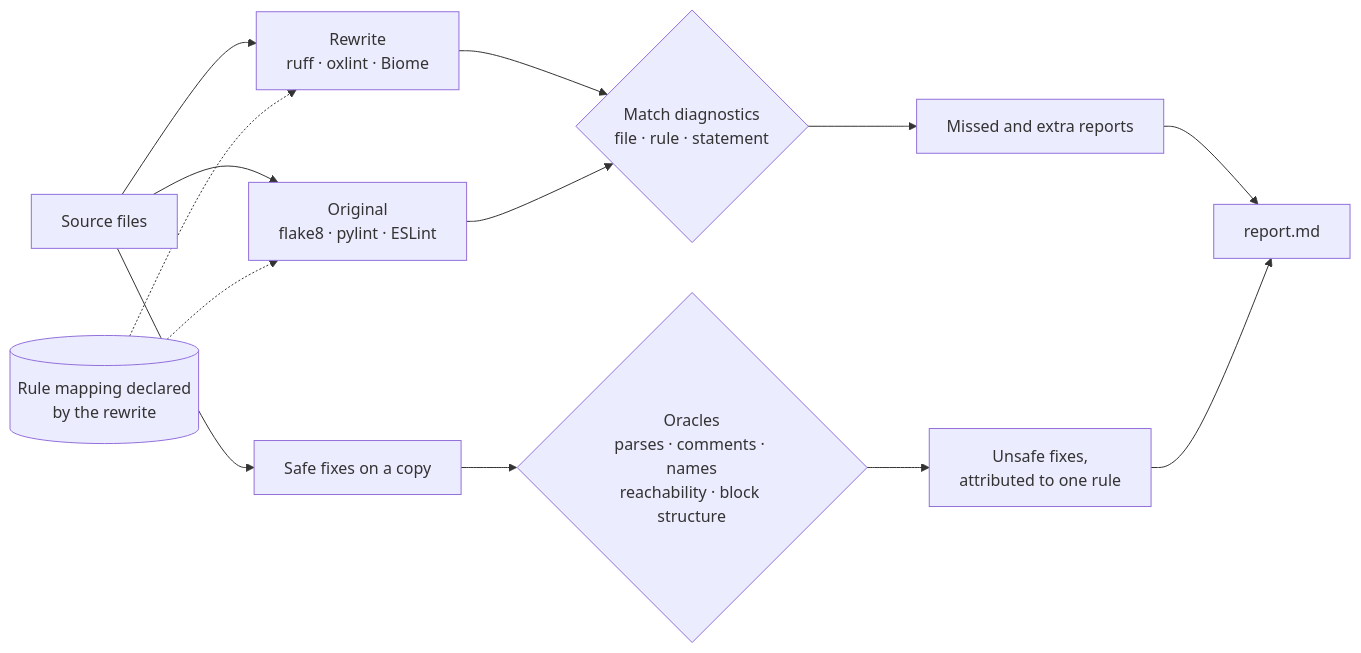
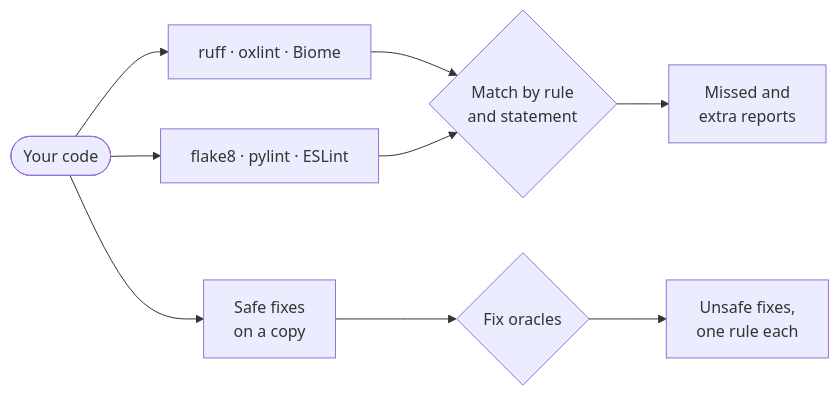
The diagram in README.md (sariddangerpowers/linttwin), drawn with Mermaid before and after one commit. The commit also changed other lines of this file, not shown here.

Commit message:
README: keep finding IDs on one line, shorter quick start, cleaner diagram

````diff
--- a/README.md
+++ b/README.md
@@ -78,15 +78,6 @@
 ```mermaid
 flowchart LR
-    S[Source files] --> R[Rewrite<br/>ruff · oxlint · Biome]
-    S --> O[Original<br/>flake8 · pylint · ESLint]
-    M[(Rule mapping declared<br/>by the rewrite)] -.-> R
-    M -.-> O
-    R --> X{Match diagnostics<br/>file · rule · statement}
-    O --> X
-    X --> D[Missed and extra reports]
-    S --> F[Safe fixes on a copy]
-    F --> C{Oracles<br/>parses · comments · names<br/>reachability · block structure}
-    C --> V[Unsafe fixes,<br/>attributed to one rule]
-    D --> T[report.md]
-    V --> T
+    code([Your code]) --> rw[ruff · oxlint · Biome] & og[flake8 · pylint · ESLint]
+    rw & og --> m{Match by rule<br/>and statement} --> d[Missed and<br/>extra reports]
+    code --> fx[Safe fixes<br/>on a copy] --> o{Fix oracles} --> u[Unsafe fixes,<br/>one rule each]
 ```
````
